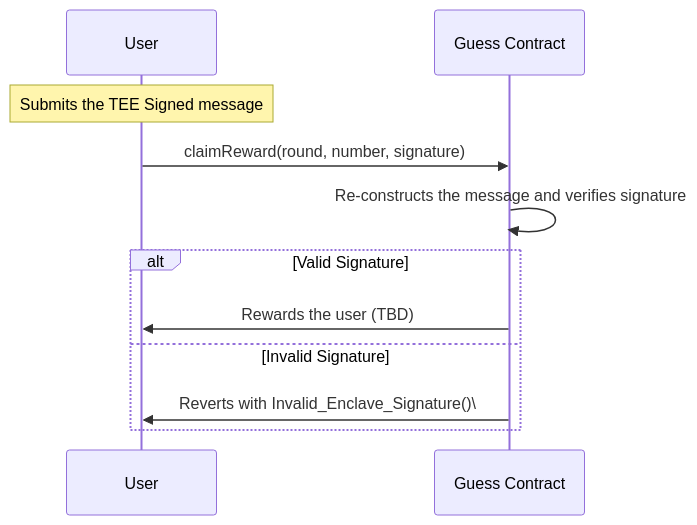
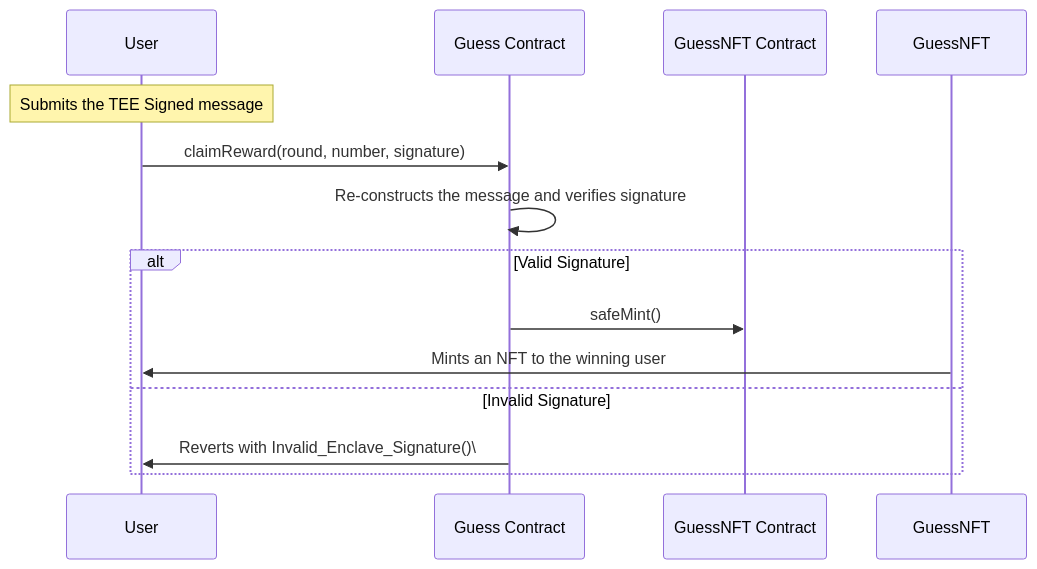
One commit to moven0831/sgx-number-guessing changed the third of 3 diagrams in docs/project-architecture.md. Above: the diagram before and after it, drawn with Mermaid. The commit also changed other lines of this file, not shown here.

Commit message:
updated project architecture

````diff
--- a/docs/project-architecture.md
+++ b/docs/project-architecture.md
@@ -59,14 +63,16 @@
 ```mermaid
 sequenceDiagram
     participant User
     participant Guess Contract
+    participant GuessNFT Contract
 
     note over User: Submits the TEE Signed message
     User->>Guess Contract: claimReward(round, number, signature)
     Guess Contract->>Guess Contract: Re-constructs the message and verifies signature
     alt Valid Signature
-        Guess Contract->>User: Rewards the user (TBD)
+        Guess Contract->>GuessNFT Contract: safeMint()
+        GuessNFT->>User: Mints an NFT to the winning user
     else Invalid Signature
         Guess Contract->>User: Reverts with Invalid_Enclave_Signature()\
     end
 ```
````
